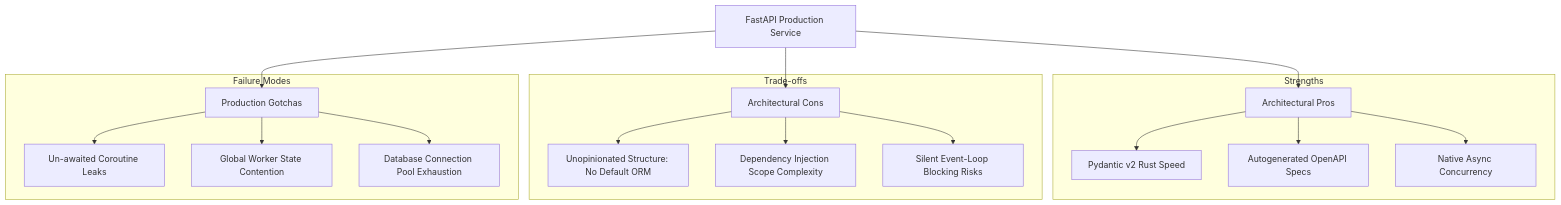
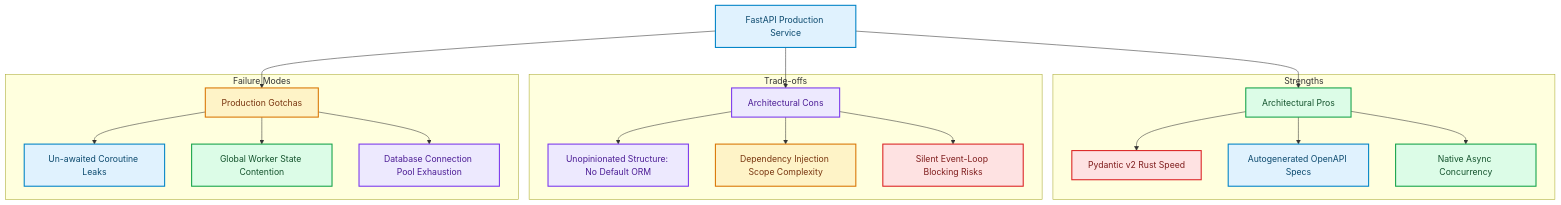
The diagram in blog/posts/fastapi-production-swarms-high-concurrency-pros-cons-gotchas.md (akmalkhaniub/akmalkhaniub.github.io), drawn with Mermaid before and after one commit. The commit also changed other lines of this file and 1291 other files, not shown here.

First line of the commit message:
feat(catalog): unique covers, scholarly references, and diagram palettes

````diff
--- a/blog/posts/fastapi-production-swarms-high-concurrency-pros-cons-gotchas.md
+++ b/blog/posts/fastapi-production-swarms-high-concurrency-pros-cons-gotchas.md
@@ -15,24 +15,35 @@
 ```mermaid
 flowchart TD
-  A[FastAPI Production Service] --> B[Architectural Pros]
-  A --> C[Architectural Cons]
-  A --> D[Production Gotchas]
+  A["FastAPI Production Service"] --> B["Architectural Pros"]
+  A --> C["Architectural Cons"]
+  A --> D["Production Gotchas"]
   
   subgraph Strengths
-    B --> B1[Pydantic v2 Rust Speed]
-    B --> B2[Autogenerated OpenAPI Specs]
-    B --> B3[Native Async Concurrency]
+    B --> B1["Pydantic v2 Rust Speed"]
+    B --> B2["Autogenerated OpenAPI Specs"]
+    B --> B3["Native Async Concurrency"]
   end
   
   subgraph SG1_TradeOffs ["Trade-offs"]
-    C --> C1[Unopinionated Structure: No Default ORM]
-    C --> C2[Dependency Injection Scope Complexity]
-    C --> C3[Silent Event-Loop Blocking Risks]
+    C --> C1["Unopinionated Structure: No Default ORM"]
+    C --> C2["Dependency Injection Scope Complexity"]
+    C --> C3["Silent Event-Loop Blocking Risks"]
   end
   
   subgraph SG2_FailureModes ["Failure Modes"]
-    D --> D1[Un-awaited Coroutine Leaks]
-    D --> D2[Global Worker State Contention]
-    D --> D3[Database Connection Pool Exhaustion]
+    D --> D1["Un-awaited Coroutine Leaks"]
+    D --> D2["Global Worker State Contention"]
+    D --> D3["Database Connection Pool Exhaustion"]
   end
+
+classDef green fill:#dcfce7,stroke:#16a34a,stroke-width:2px,color:#14532d;
+classDef red fill:#fee2e2,stroke:#dc2626,stroke-width:2px,color:#7f1d1d;
+classDef blue fill:#e0f2fe,stroke:#0284c7,stroke-width:2px,color:#0c4a6e;
+classDef yellow fill:#fef3c7,stroke:#d97706,stroke-width:2px,color:#78350f;
+classDef purple fill:#ede9fe,stroke:#7c3aed,stroke-width:2px,color:#4c1d95;
+class A,B2,D1 blue
+class B,B3,D2 green
+class C,C1,D3 purple
+class D,C2 yellow
+class B1,C3 red
 ```
````
